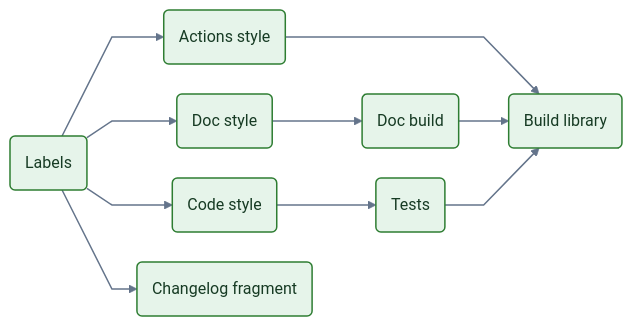
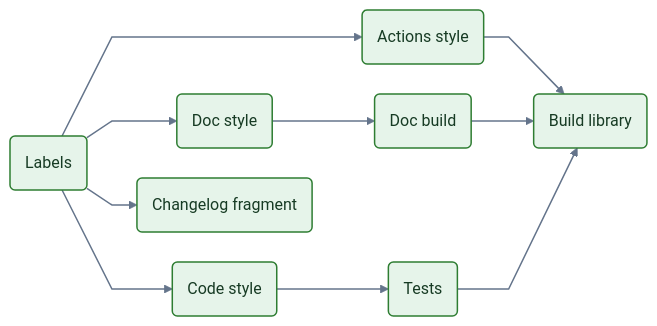
One commit to ansys/actions changed the first of 3 diagrams in README.md. Above: the diagram before and after it, drawn with Mermaid.

````diff
--- a/README.md
+++ b/README.md
@@ -33,17 +33,17 @@
 ```mermaid
 %%{init: {"flowchart": {"curve": "linear", "nodeSpacing": 30, "rankSpacing": 50}}}%%
 graph LR
     accTitle: Pull Request Validation Workflow
     accDescr: Labels precedes all style checks and the changelog fragment check. Doc style precedes Doc build, and Code style precedes Tests. Build library depends on Doc build, Tests, and Actions style.
 
     A(Labels) --> B(Doc style) & C(Code style) & D(Actions style)
     A --> E(Changelog fragment)
     B --> F(Doc build)
     C --> G(Tests)
-    D ---> H
+    D --> H
     F & G --> H(Build library)
 
     classDef green fill:#e6f4ea,color:#173b24,stroke:#2e7d32,stroke-width:1.5px
     class A,B,C,D,E,F,G,H green
     linkStyle default stroke:#64748b,stroke-width:1.5px
 ```
````
